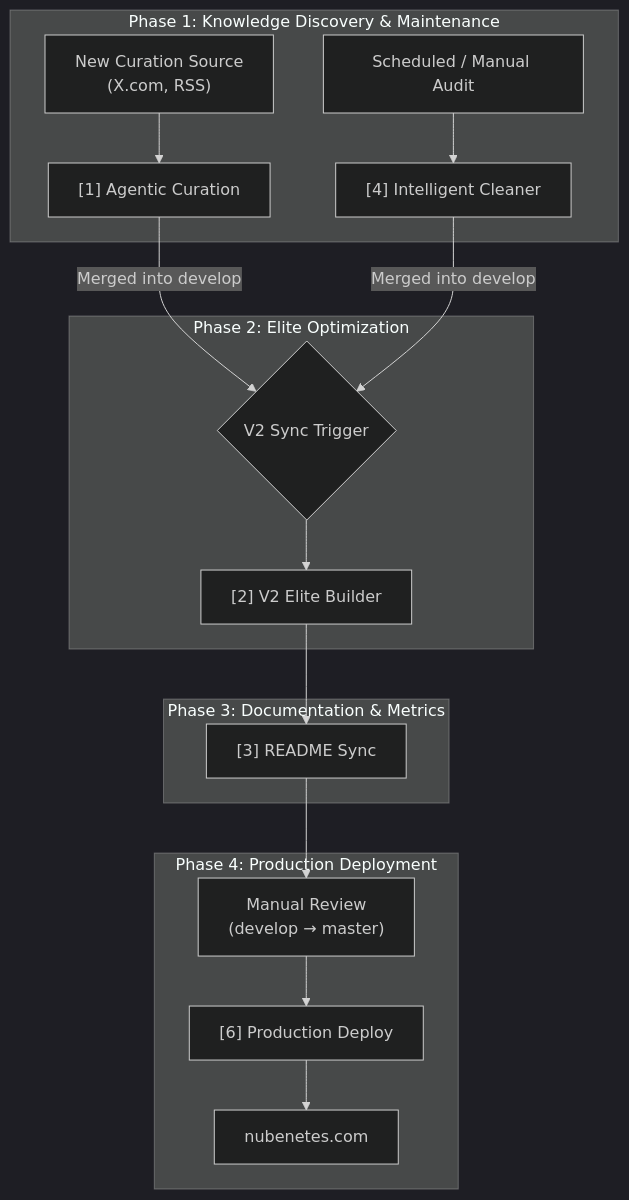
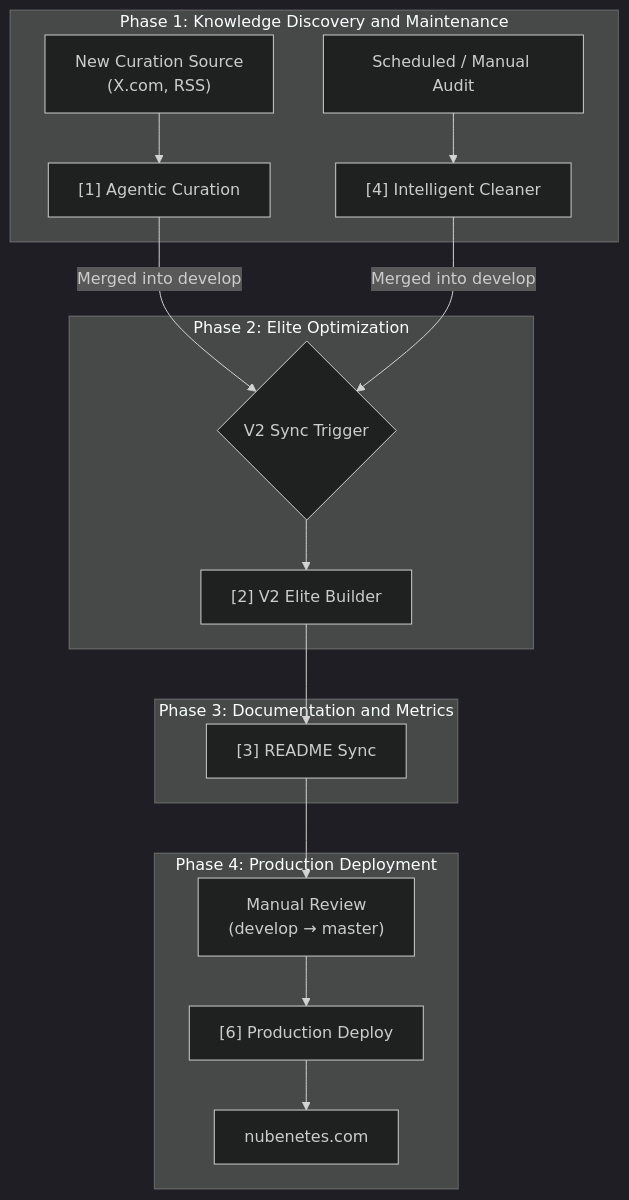
Before and after one commit to nubenetes/awesome-kubernetes: the eighth of 10 diagrams in README.md, drawn with Mermaid (dark theme). The commit also changed other lines of this file, not shown here.

Commit message:
docs: fix Mermaid diagram text truncation and comply with Mandate 30

````diff
--- a/README.md
+++ b/README.md
@@ -599,24 +599,24 @@
 ```mermaid
 graph TD
-    subgraph "Phase 1: Knowledge Discovery & Maintenance"
+    subgraph "Phase 1: Knowledge Discovery and Maintenance"
         A["New Curation Source<br/>(X.com, RSS)"] --> B["[1] Agentic Curation"]
         C["Scheduled / Manual Audit"] --> D["[4] Intelligent Cleaner"]
     end
 
-    B -->|Merged into develop| E{"V2 Sync Trigger"}
-    D -->|Merged into develop| E
+    B -->|"Merged into develop"| E{"V2 Sync Trigger"}
+    D -->|"Merged into develop"| E
     
     subgraph "Phase 2: Elite Optimization"
         E --> F["[2] V2 Elite Builder"]
     end
 
-    subgraph "Phase 3: Documentation & Metrics"
+    subgraph "Phase 3: Documentation and Metrics"
         F --> G["[3] README Sync"]
     end
 
     subgraph "Phase 4: Production Deployment"
         G --> H["Manual Review<br/>(develop → master)"]
         H --> I["[6] Production Deploy"]
         I --> J["nubenetes.com"]
     end
 ```
````
